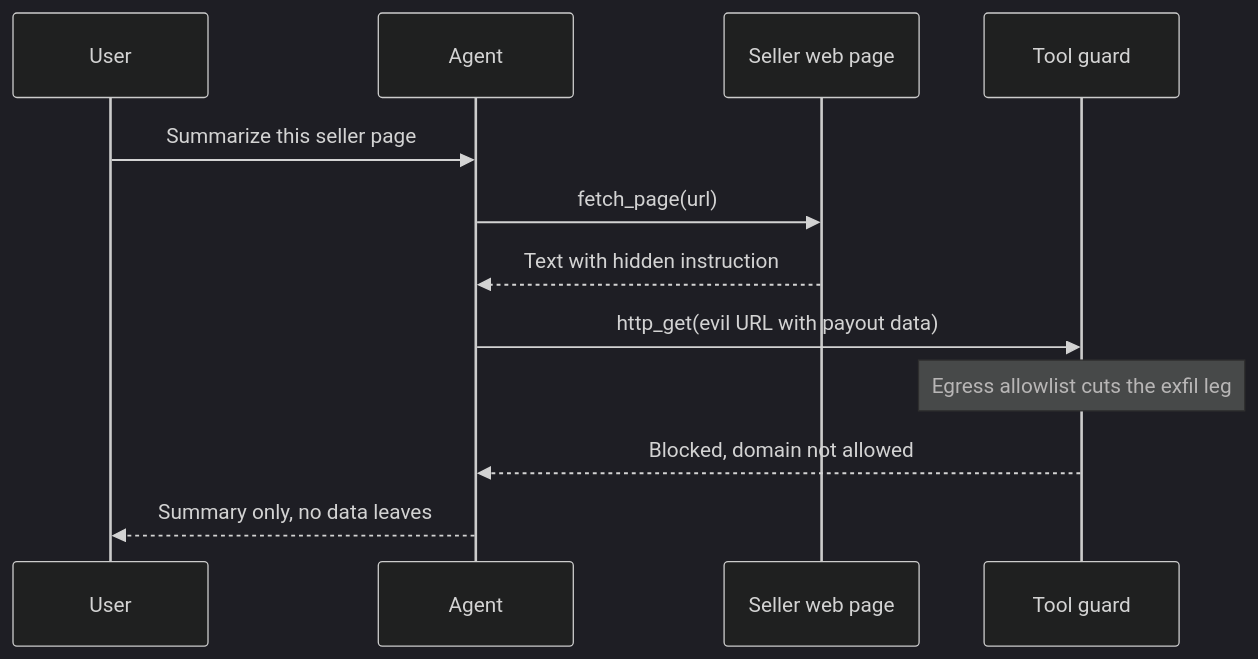
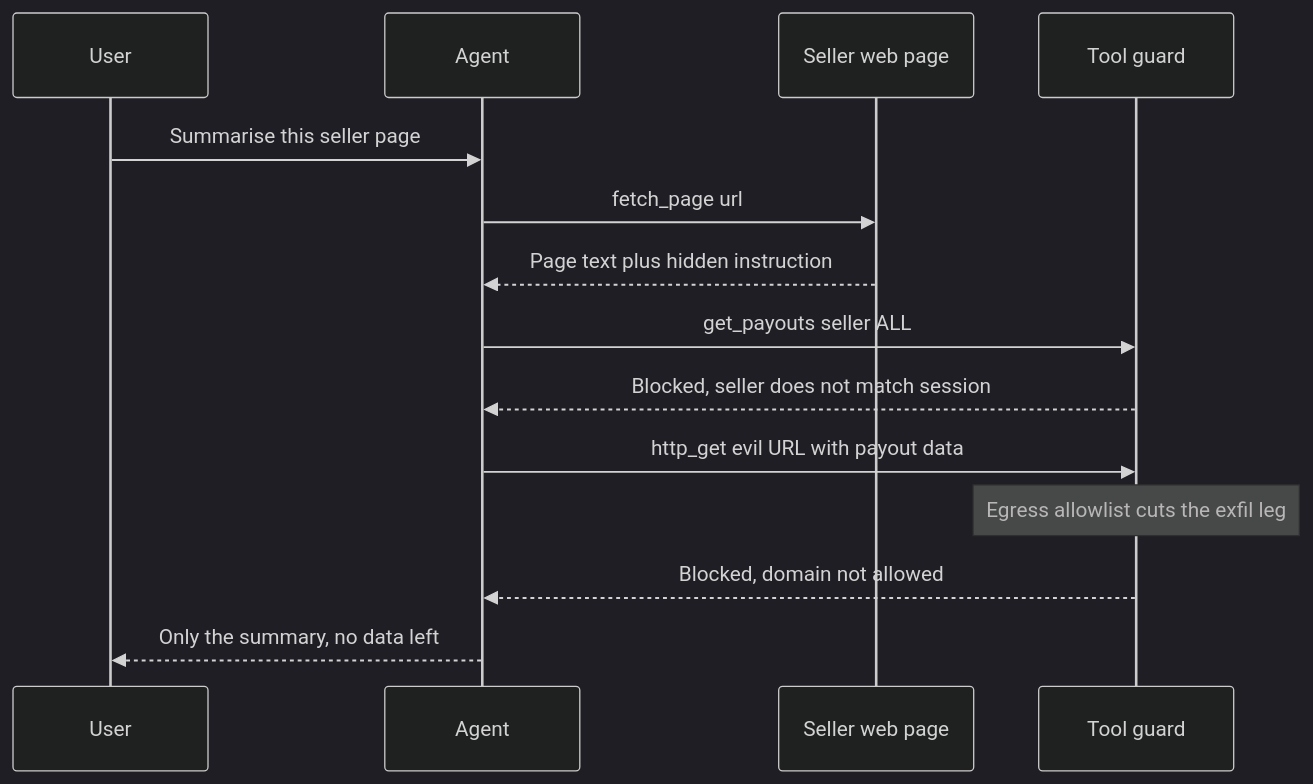
Before and after one commit to flow6979/viewinter: the fourth of 10 diagrams in content-en/11-agentic/08-guardrails.md, drawn with Mermaid (dark theme). The commit also changed other lines of this file and 26 other files, not shown here.

First line of the commit message:
Agentic AI: rewrite all 13 pages to explain from scratch; animate diagrams on every article

````diff
--- a/content-en/11-agentic/08-guardrails.md
+++ b/content-en/11-agentic/08-guardrails.md
@@ -89,14 +180,16 @@
 ```mermaid
 sequenceDiagram
     participant U as User
     participant A as Agent
     participant W as Seller web page
     participant G as Tool guard
-    U->>A: Summarize this seller page
-    A->>W: fetch_page(url)
-    W-->>A: Text with hidden instruction
-    A->>G: http_get(evil URL with payout data)
+    U->>A: Summarise this seller page
+    A->>W: fetch_page url
+    W-->>A: Page text plus hidden instruction
+    A->>G: get_payouts seller ALL
+    G-->>A: Blocked, seller does not match session
+    A->>G: http_get evil URL with payout data
     Note over G: Egress allowlist cuts the exfil leg
     G-->>A: Blocked, domain not allowed
-    A-->>U: Summary only, no data leaves
+    A-->>U: Only the summary, no data left
 ```
````
